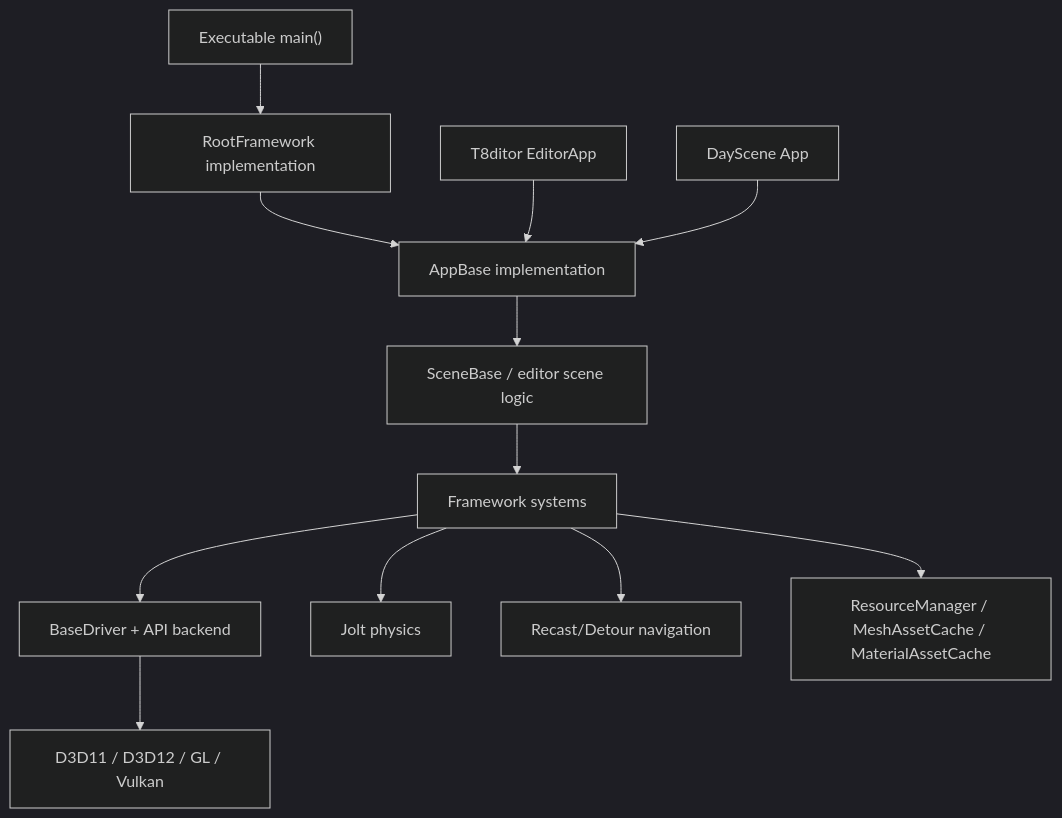
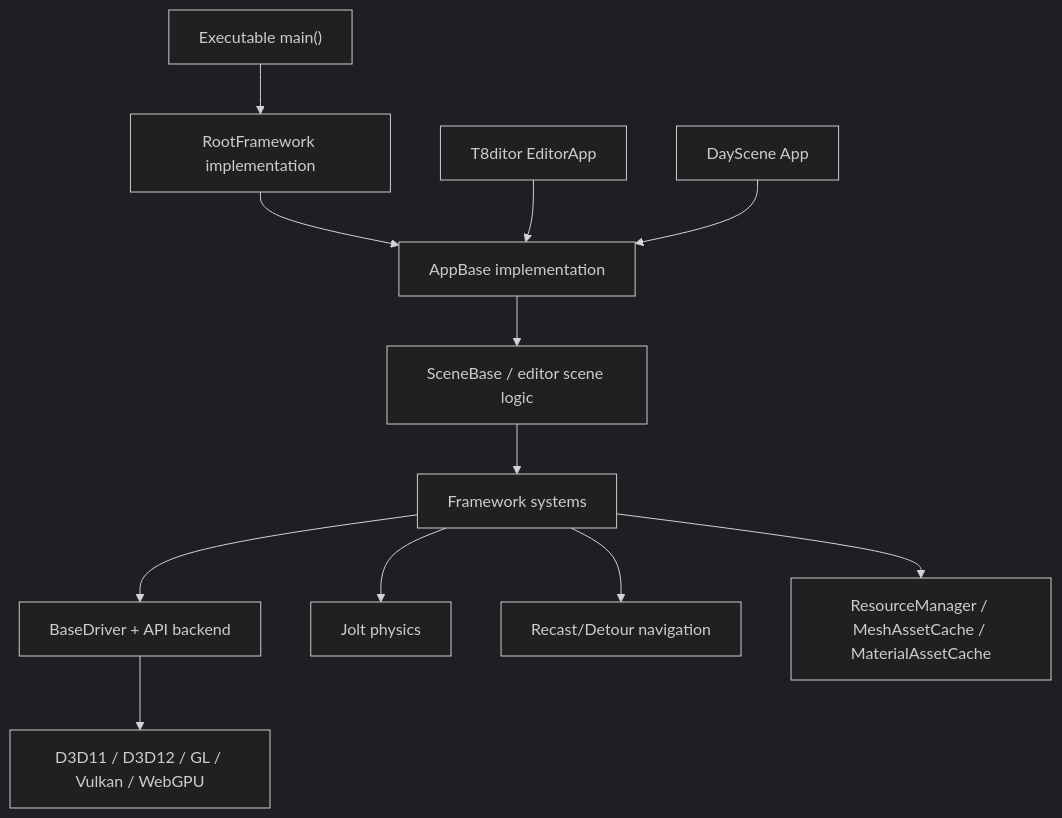
Before and after one commit to 0Camus0/T850: the first of 7 diagrams in documentation/architecture/main-architecture.md, drawn with Mermaid (dark theme). The commit also changed other lines of this file and 92 other files, not shown here.

````diff
--- a/documentation/architecture/main-architecture.md
+++ b/documentation/architecture/main-architecture.md
@@ -44,15 +44,15 @@
 ```mermaid
 flowchart TD
   Entry["Executable main()"] --> Framework["RootFramework implementation"]
   Framework --> App["AppBase implementation"]
   App --> SceneLayer["SceneBase / editor scene logic"]
   SceneLayer --> FrameworkSystems["Framework systems"]
   FrameworkSystems --> Graphics["BaseDriver + API backend"]
   FrameworkSystems --> Physics["Jolt physics"]
   FrameworkSystems --> Navigation["Recast/Detour navigation"]
   FrameworkSystems --> Resources["ResourceManager / MeshAssetCache / MaterialAssetCache"]
-  Graphics --> GPU["D3D11 / D3D12 / GL / Vulkan"]
+  Graphics --> GPU["D3D11 / D3D12 / GL / Vulkan / WebGPU"]
 
   T8ditor["T8ditor EditorApp"] --> App
   DayScene["DayScene App"] --> App
 ```
````
